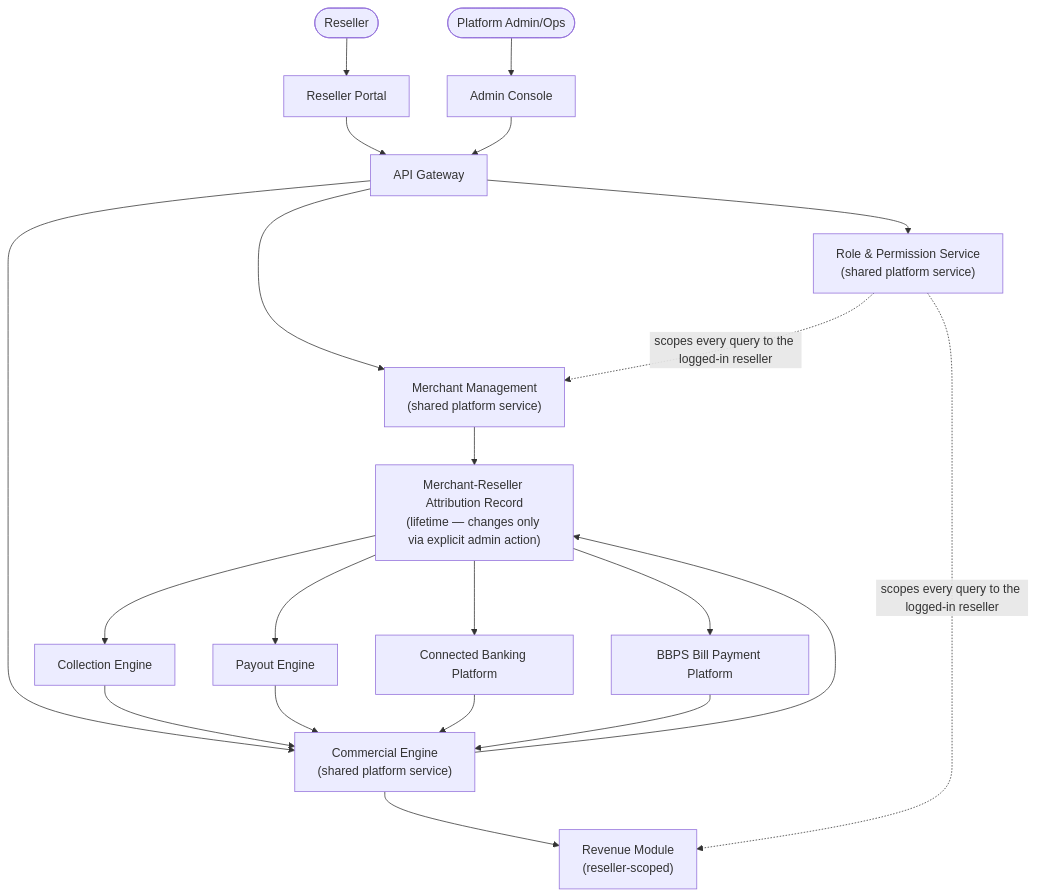
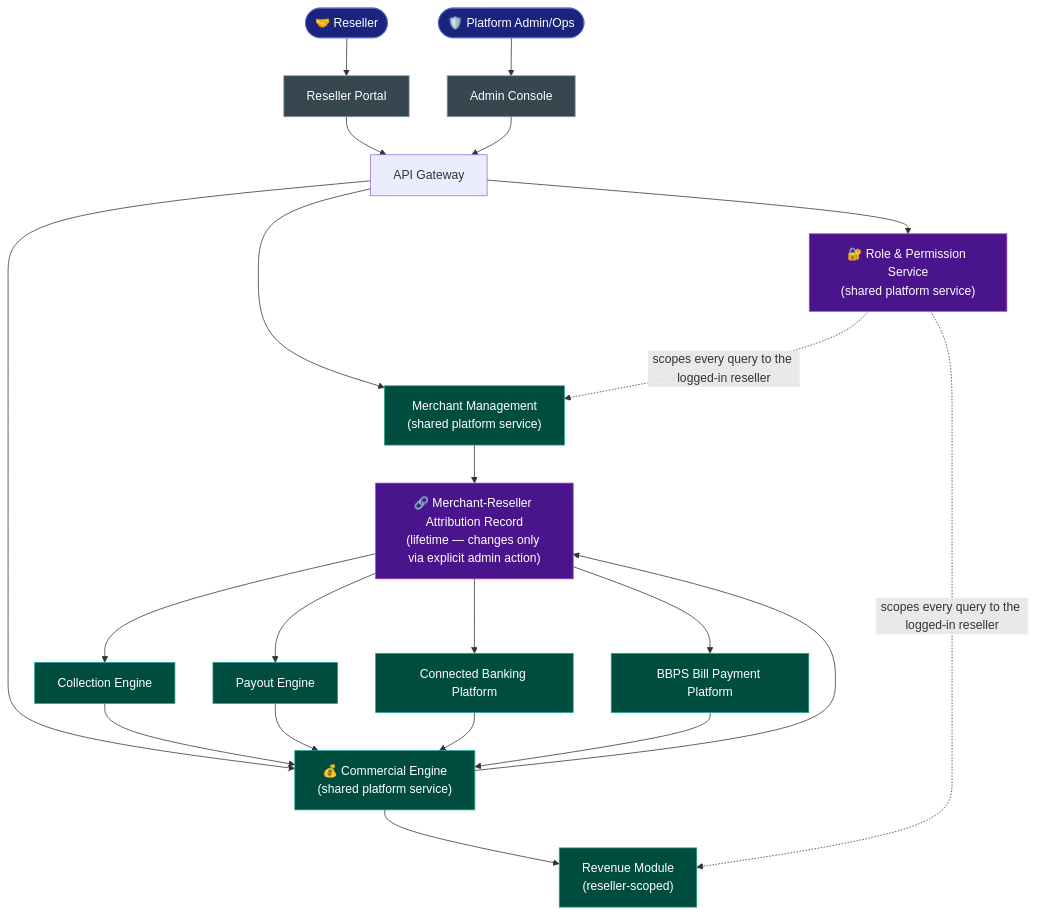
Before and after one commit to ghanendra-sdet/reseller-management-platform: the first of 5 diagrams in docs/architecture-and-flow.md, drawn with Mermaid. The commit also changed other lines of this file, not shown here.

Commit message:
docs: enrich architecture diagrams and prose

````diff
--- a/docs/architecture-and-flow.md
+++ b/docs/architecture-and-flow.md
@@ -15,29 +14,39 @@
 ```mermaid
 flowchart TD
-    Reseller([Reseller]) --> RP["Reseller Portal"]
-    Admin([Platform Admin/Ops]) --> AC["Admin Console"]
+    Reseller(["🤝 Reseller"]) --> RP["Reseller Portal"]
+    Admin(["🛡️ Platform Admin/Ops"]) --> AC["Admin Console"]
 
     RP --> GW["API Gateway"]
     AC --> GW
 
-    GW --> RolePerm["Role & Permission Service<br/>(shared platform service)"]
+    GW --> RolePerm["🔐 Role & Permission Service<br/>(shared platform service)"]
     GW --> MM["Merchant Management<br/>(shared platform service)"]
-    GW --> CE["Commercial Engine<br/>(shared platform service)"]
+    GW --> CE["💰 Commercial Engine<br/>(shared platform service)"]
 
-    MM --> Attr["Merchant-Reseller Attribution Record<br/>(lifetime — changes only via explicit admin action)"]
+    MM --> Attr["🔗 Merchant-Reseller Attribution Record<br/>(lifetime — changes only via explicit admin action)"]
     CE --> Attr
 
     Attr --> Collection["Collection Engine"]
     Attr --> Payout["Payout Engine"]
     Attr --> CB["Connected Banking Platform"]
     Attr --> BBPS["BBPS Bill Payment Platform"]
 
     Collection --> CE
     Payout --> CE
     CB --> CE
     BBPS --> CE
 
     CE --> Rev["Revenue Module<br/>(reseller-scoped)"]
     RolePerm -.scopes every query to the logged-in reseller.-> Rev
     RolePerm -.scopes every query to the logged-in reseller.-> MM
+
+    classDef person fill:#1a237e,color:#fff,stroke:#5c6bc0,stroke-width:1px
+    classDef portal fill:#37474f,color:#fff,stroke:#90a4ae,stroke-width:1px
+    classDef service fill:#004d40,color:#fff,stroke:#26a69a,stroke-width:1px
+    classDef gate fill:#4a148c,color:#fff,stroke:#ab47bc,stroke-width:1px
+
+    class Reseller,Admin person
+    class RP,AC portal
+    class MM,CE,Collection,Payout,CB,BBPS,Rev service
+    class RolePerm,Attr gate
 ```
````
